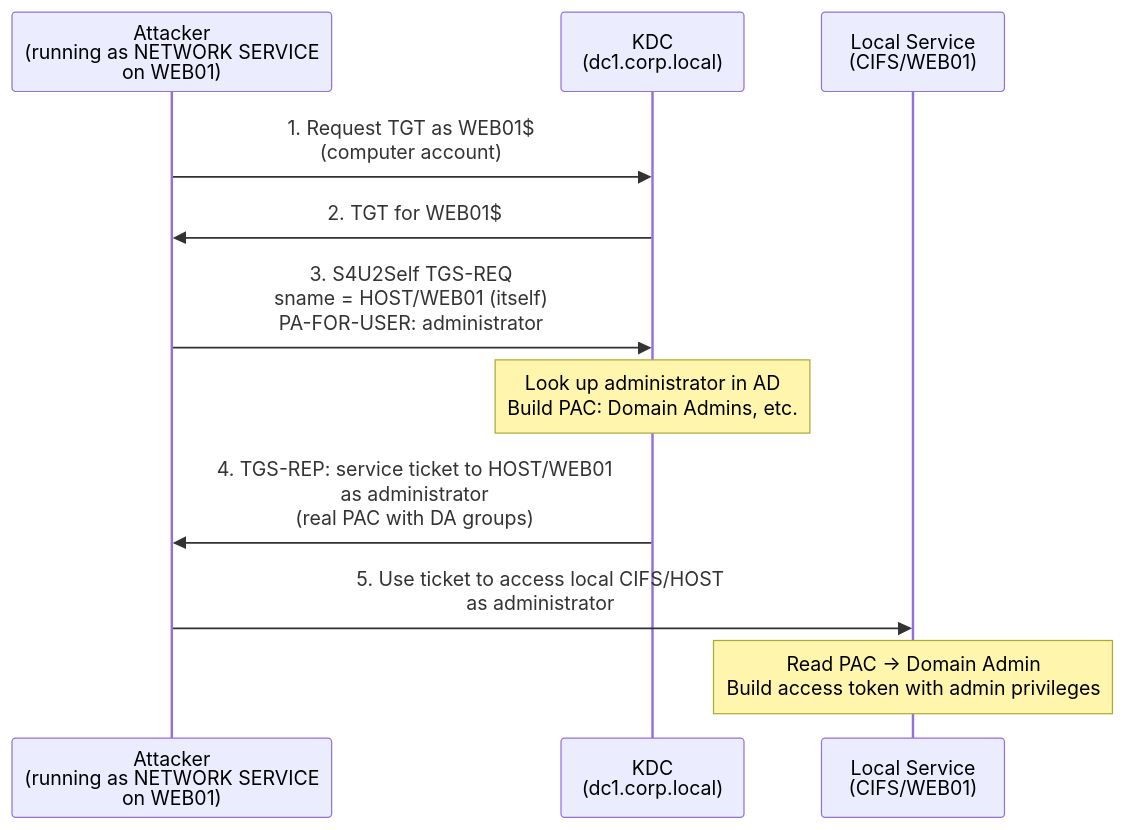
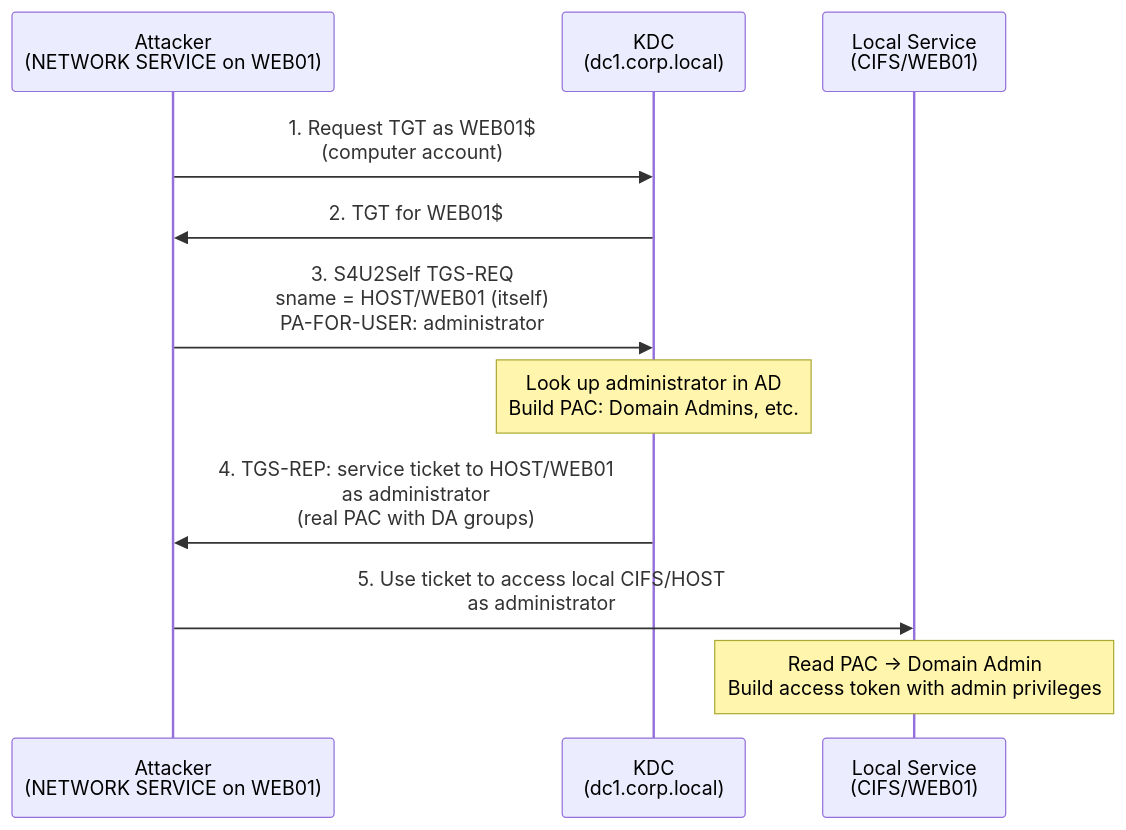
Before and after one commit to StrongWind1/Kerberos: the diagram in content/attacks/delegation/s4u2self-abuse.md, drawn with Mermaid. The commit also changed other lines of this file and 117 other files, not shown here.

````diff
--- a/content/attacks/delegation/s4u2self-abuse.md
+++ b/content/attacks/delegation/s4u2self-abuse.md
@@ -51,16 +58,16 @@
 ```mermaid
 sequenceDiagram
-    participant A as Attacker<br/>(running as NETWORK SERVICE<br/>on WEB01)
+    participant A as Attacker<br/>(NETWORK SERVICE on WEB01)
     participant K as KDC<br/>(dc1.corp.local)
     participant L as Local Service<br/>(CIFS/WEB01)
 
     A->>K: 1. Request TGT as WEB01$<br/>(computer account)
     K->>A: 2. TGT for WEB01$
 
     A->>K: 3. S4U2Self TGS-REQ<br/>sname = HOST/WEB01 (itself)<br/>PA-FOR-USER: administrator
     Note over K: Look up administrator in AD<br/>Build PAC: Domain Admins, etc.
     K->>A: 4. TGS-REP: service ticket to HOST/WEB01<br/>as administrator<br/>(real PAC with DA groups)
 
     A->>L: 5. Use ticket to access local CIFS/HOST<br/>as administrator
     Note over L: Read PAC -> Domain Admin<br/>Build access token with admin privileges
 ```
````
